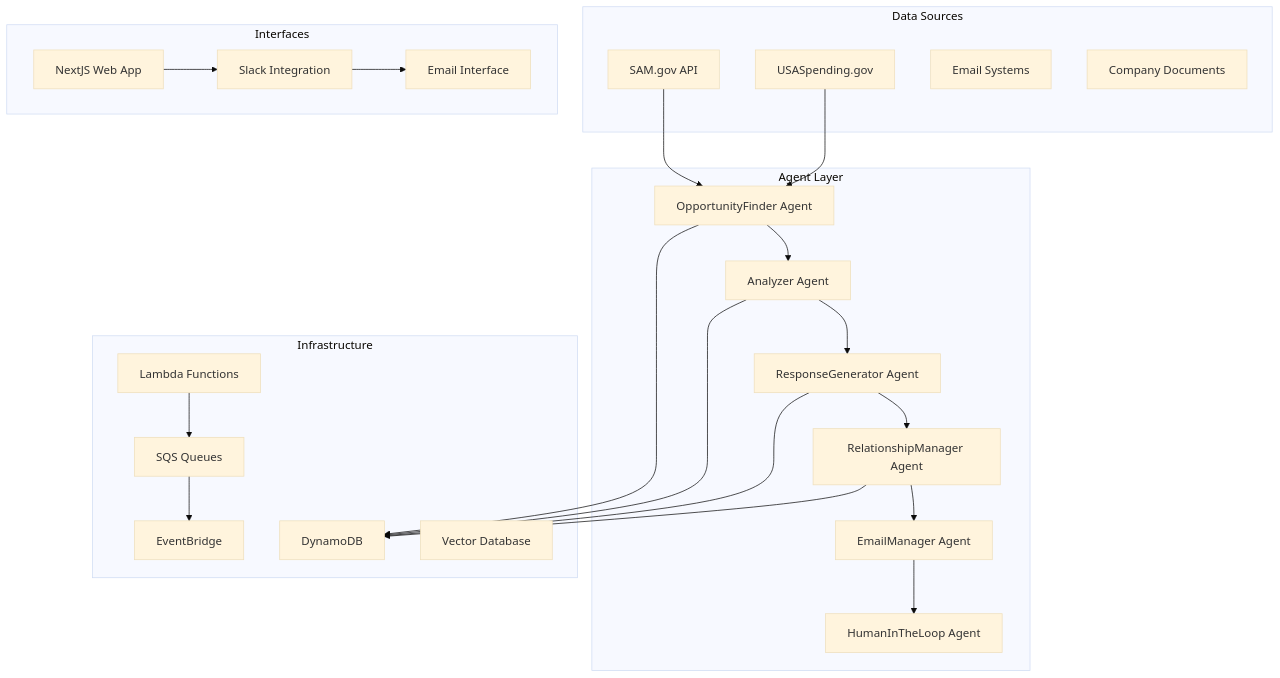
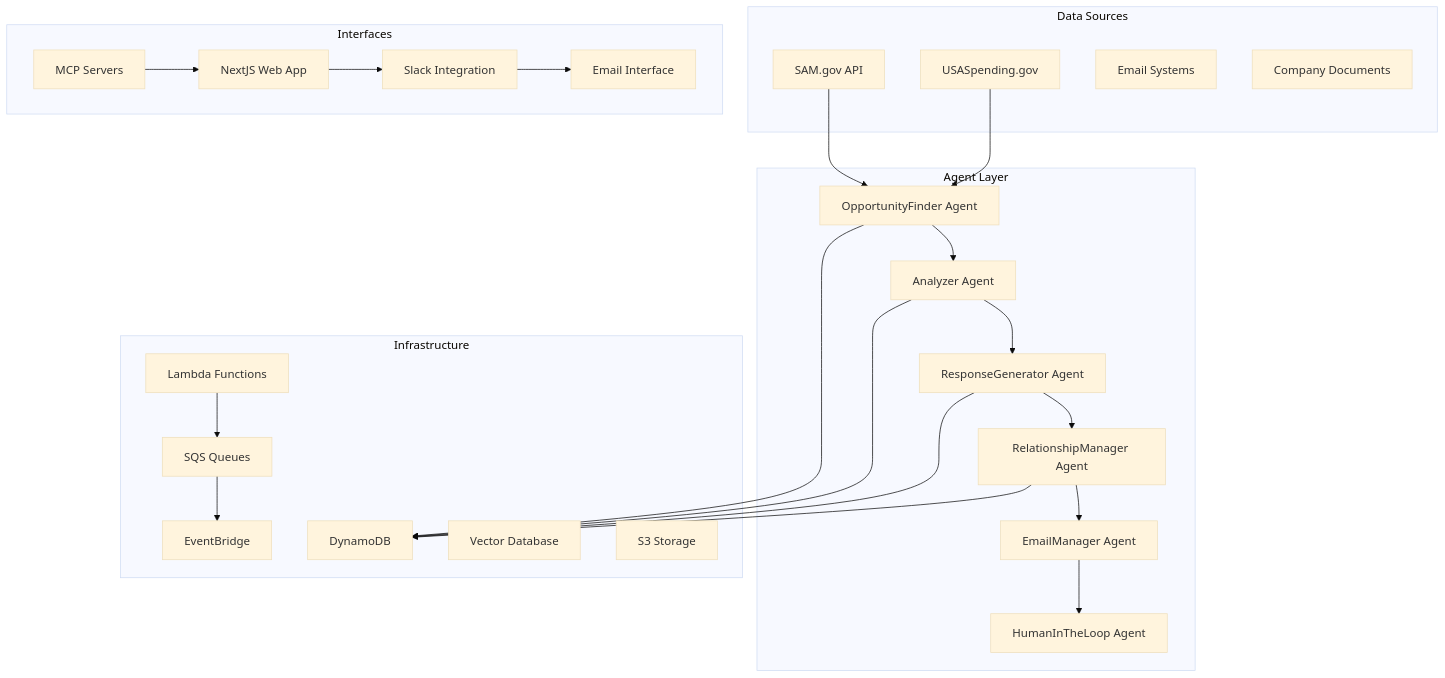
Before and after one commit to tjaddison/sources-sought-ai: the diagram in README.md, drawn with Mermaid (base theme). The commit also changed other lines of this file and 26 other files, not shown here.

````diff
--- a/README.md
+++ b/README.md
@@ -22,51 +23,54 @@
 ```mermaid
 graph TB
     subgraph "Data Sources"
         A[SAM.gov API] 
         B[USASpending.gov]
         C[Email Systems]
         D[Company Documents]
     end
     
     subgraph "Agent Layer"
         E[OpportunityFinder Agent]
         F[Analyzer Agent] 
         G[ResponseGenerator Agent]
         H[RelationshipManager Agent]
         I[EmailManager Agent]
         J[HumanInTheLoop Agent]
     end
     
     subgraph "Infrastructure"
         K[DynamoDB]
         L[Lambda Functions]
         M[SQS Queues]
         N[EventBridge]
         O[Vector Database]
+        P[S3 Storage]
     end
     
     subgraph "Interfaces"
-        P[NextJS Web App]
-        Q[Slack Integration]
-        R[Email Interface]
+        Q[NextJS Web App]
+        R[Slack Integration]
+        S[Email Interface]
+        T[MCP Servers]
     end
     
     A --> E
     B --> E
     E --> F
     F --> G
     G --> H
     H --> I
     I --> J
     
     E --> K
     F --> K
     G --> K
     H --> K
     
     L --> M
     M --> N
     
-    P --> Q
     Q --> R
+    R --> S
+    T --> Q
 ```
````
